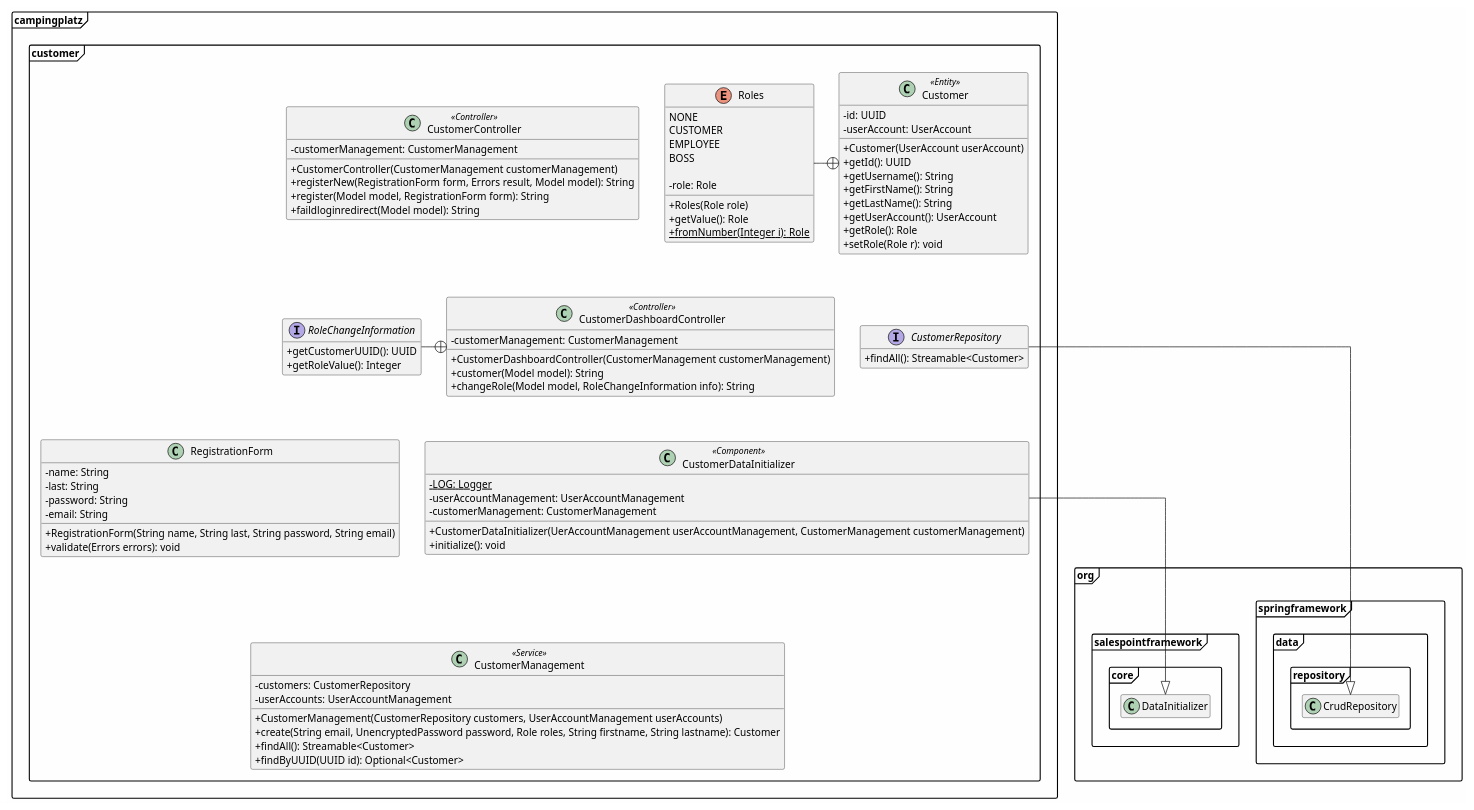
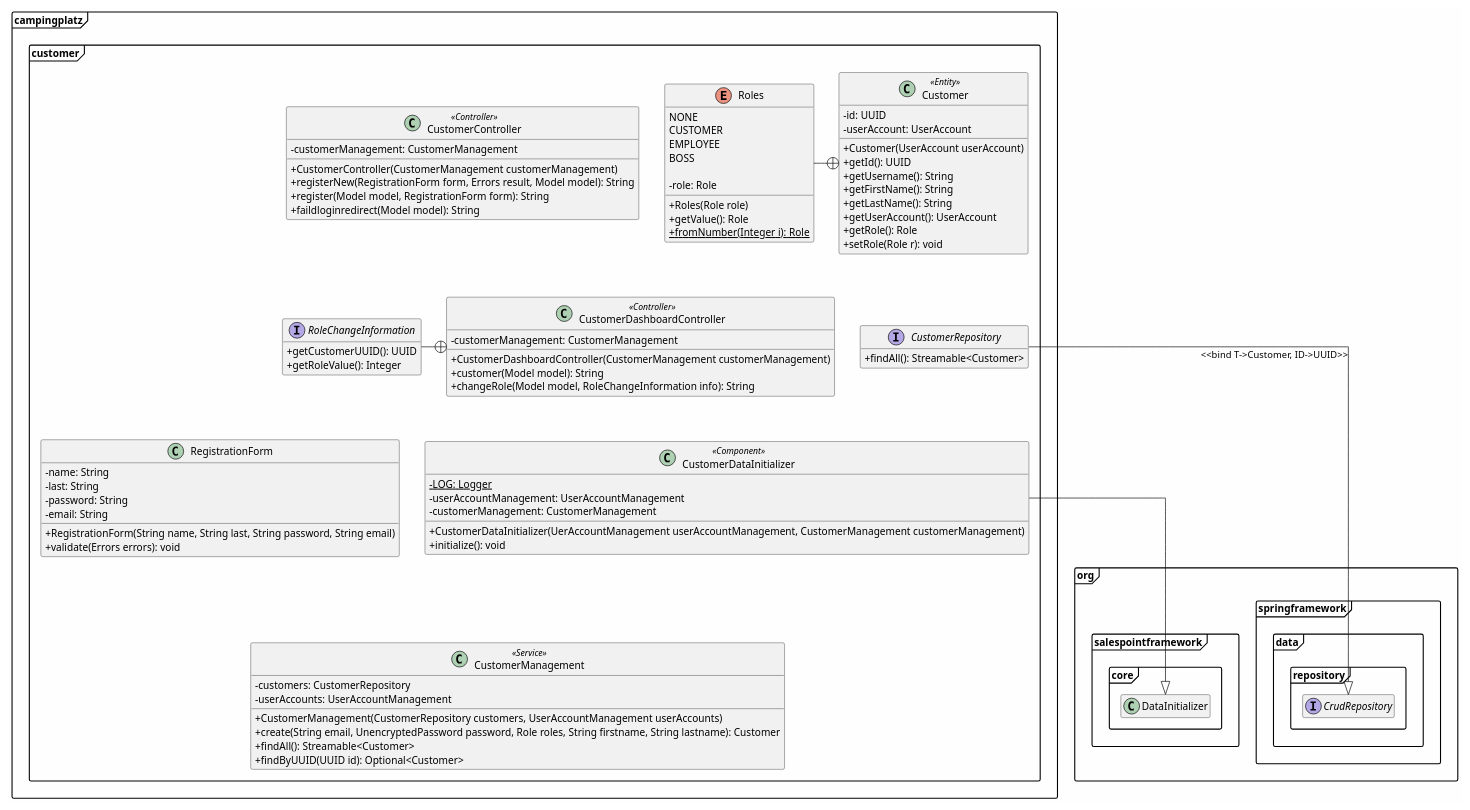
One commit to ShadowPaint-SP/Softwaretechnologieprojekt changed the diagram in src/main/asciidoc/models/design/EKD_Customer.puml. Above: the diagram before and after it, drawn with PlantUML. The commit also changed 3 other files, not shown here.

```diff
--- a/src/main/asciidoc/models/design/EKD_Customer.puml
+++ b/src/main/asciidoc/models/design/EKD_Customer.puml
@@ -1,90 +1,92 @@
 @startuml
 hide empty fields
 hide empty methods
 skinparam classAttributeIconSize 0
 skinparam linetype ortho
 skinparam BackgroundColor #FEFEFE
 allowmixing
 skinparam packageStyle Frame
+
+interface org.springframework.data.repository.CrudRepository
 
 package campingplatz{
     package customer{
         class Customer<<Entity>>{
             - id: UUID
             - userAccount: UserAccount
             + Customer(UserAccount userAccount)
             +getId(): UUID
             +getUsername(): String
             +getFirstName(): String
             +getLastName(): String
             +getUserAccount(): UserAccount
             +getRole(): Role
             +setRole(Role r): void
 
         }
         enum Roles{
         NONE
         CUSTOMER
         EMPLOYEE
         BOSS
 
         -role: Role
         +Roles(Role role)
         +getValue(): Role
         +{static} fromNumber(Integer i): Role
         }
         class CustomerController<<Controller>>{
         -customerManagement: CustomerManagement
         +CustomerController(CustomerManagement customerManagement)
         +registerNew(RegistrationForm form, Errors result, Model model): String
         +register(Model model, RegistrationForm form): String
         +faildloginredirect(Model model): String
         }
         class CustomerDashboardController<<Controller>>{
         -customerManagement: CustomerManagement
         +CustomerDashboardController(CustomerManagement customerManagement)
         +customer(Model model): String
         +changeRole(Model model, RoleChangeInformation info): String
         }
         interface RoleChangeInformation{
         +getCustomerUUID(): UUID
         +getRoleValue(): Integer
         }
         class CustomerDataInitializer<<Component>>{
         -{static}LOG: Logger
         -userAccountManagement: UserAccountManagement
         -customerManagement: CustomerManagement
         +CustomerDataInitializer(UerAccountManagement userAccountManagement, CustomerManagement customerManagement)
         +initialize(): void
         }
         class CustomerManagement<<Service>>{
         -customers: CustomerRepository
         -userAccounts: UserAccountManagement
         +CustomerManagement(CustomerRepository customers, UserAccountManagement userAccounts)
         +create(String email, UnencryptedPassword password, Role roles, String firstname, String lastname): Customer
         +findAll(): Streamable<Customer>
         +findByUUID(UUID id): Optional<Customer>
         }
         interface CustomerRepository{
         +findAll(): Streamable<Customer>
         }
         class RegistrationForm{
         -name: String
         -last: String
         -password: String
         -email: String
         +RegistrationForm(String name, String last, String password, String email)
         +validate(Errors errors): void
         }
     }
 }
 CustomerController -[hidden]d- CustomerDashboardController
 RoleChangeInformation -r-+ CustomerDashboardController
 Roles -r-+ Customer
 CustomerDataInitializer -[hidden]u- CustomerDashboardController
 CustomerManagement -[hidden]u- CustomerDataInitializer
 CustomerDataInitializer --|> org.salespointframework.core.DataInitializer
 CustomerDashboardController -[hidden]r- CustomerRepository
-CustomerRepository --|> org.springframework.data.repository.CrudRepository
+CustomerRepository --|> org.springframework.data.repository.CrudRepository: <<bind T->Customer, ID->UUID>>
 RegistrationForm -[hidden]d- CustomerManagement
 @enduml
```
